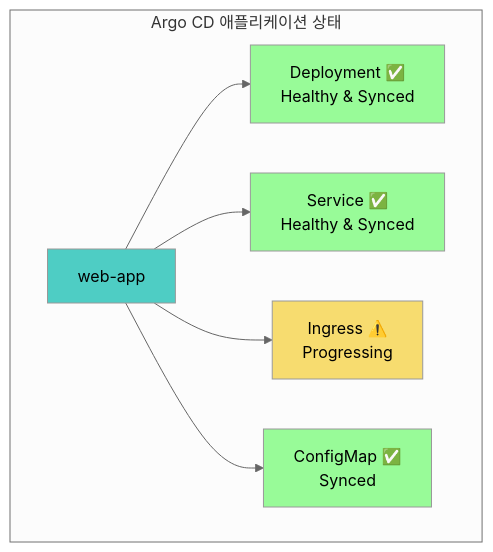
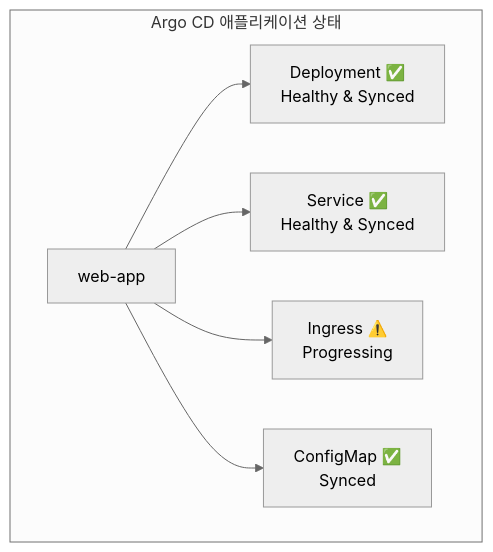
Diagram 14 of 41 in docs/cicd/week1-image-build.md (juwon8891/juwon8891.github.io), drawn with Mermaid (neutral theme) before and after one commit. The commit also changed other lines of this file and 18 other files, not shown here.

Commit message:
Remove bright colors from Mermaid diagrams for dark mode compatibility

````diff
--- a/docs/cicd/week1-image-build.md
+++ b/docs/cicd/week1-image-build.md
@@ -868,17 +839,12 @@
 ```mermaid
 graph TB
     subgraph "Argo CD 애플리케이션 상태"
         APP[web-app]
 
         APP --> DEP[Deployment ✅<br/>Healthy & Synced]
         APP --> SVC[Service ✅<br/>Healthy & Synced]
         APP --> ING[Ingress ⚠️<br/>Progressing]
         APP --> CM[ConfigMap ✅<br/>Synced]
 
-        style APP fill:#4ECDC4
-        style DEP fill:#98FB98
-        style SVC fill:#98FB98
-        style ING fill:#F7DC6F
-        style CM fill:#98FB98
     end
 ```
````
